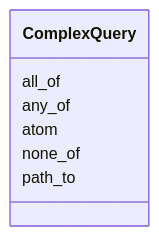
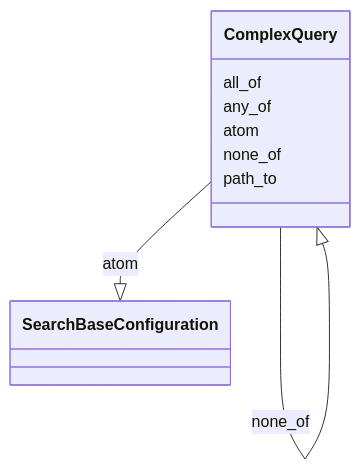
Before and after one commit to cthoyt/ontology-access-kit: the diagram in search/ComplexQuery.md, drawn with Mermaid. The commit also changed other lines of this file and 3287 other files, not shown here.

````diff
--- a/search/ComplexQuery.md
+++ b/search/ComplexQuery.md
@@ -9,10 +9,23 @@
 ```{mermaid}
  classDiagram
     class ComplexQuery
       ComplexQuery : all_of
+        
+          ComplexQuery --|> ComplexQuery : all_of
+        
       ComplexQuery : any_of
+        
+          ComplexQuery --|> ComplexQuery : any_of
+        
       ComplexQuery : atom
+        
+          ComplexQuery --|> SearchBaseConfiguration : atom
+        
       ComplexQuery : none_of
+        
+          ComplexQuery --|> ComplexQuery : none_of
+        
       ComplexQuery : path_to
+        
       
 ```
````
